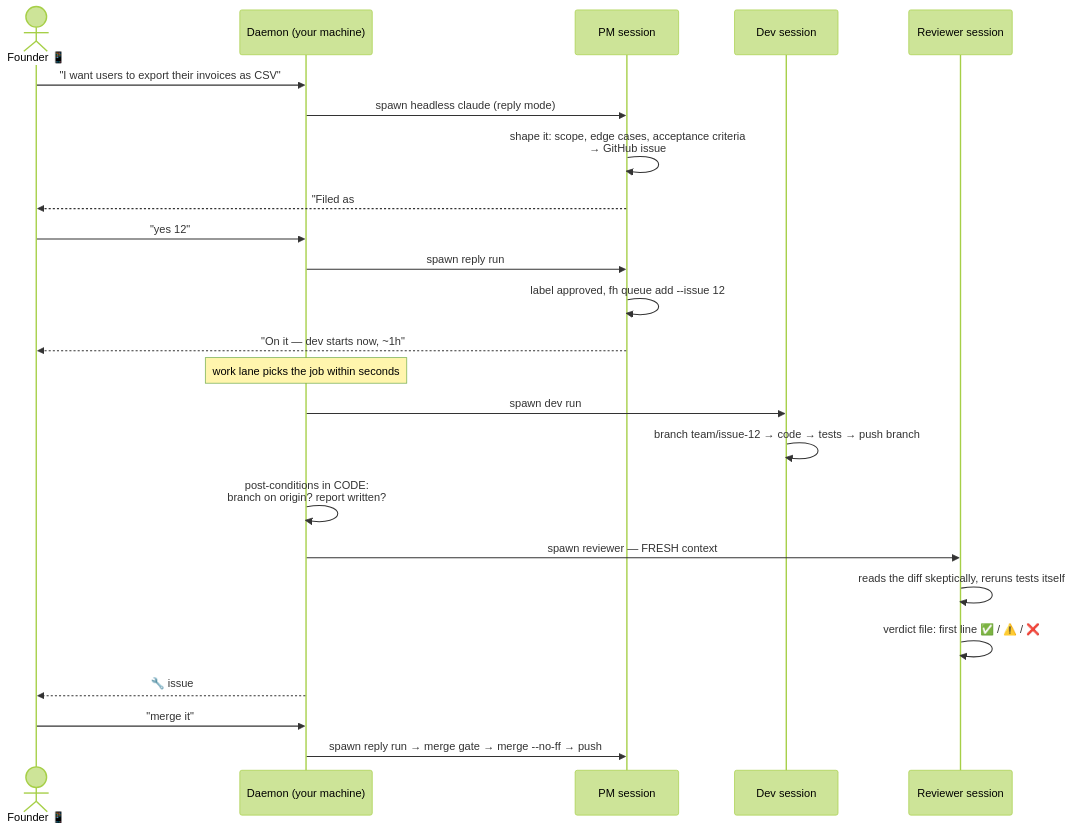
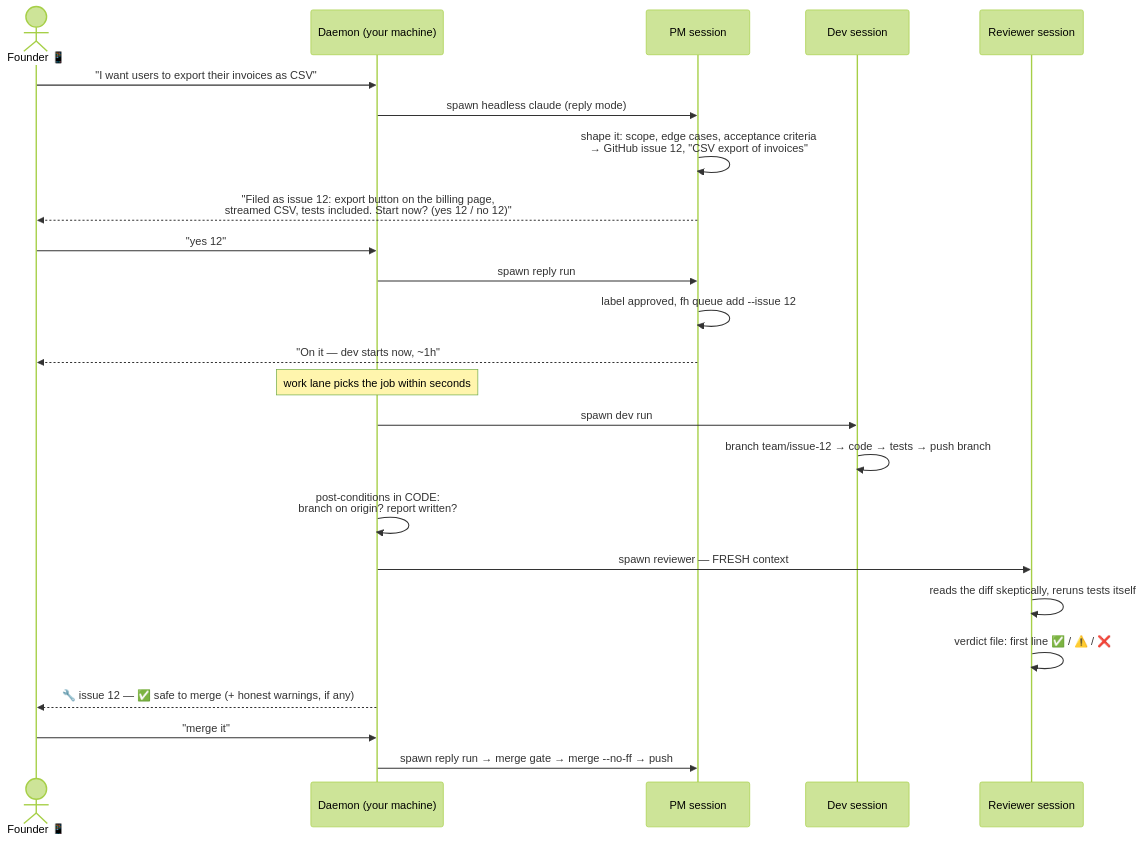
The first of 4 diagrams in docs/README.md (dmatvienco/founder-helpers), drawn with Mermaid (forest theme) before and after one commit. The commit also changed other lines of this file, not shown here.

Commit message:
docs: fix mermaid truncation ('#' starts an entity escape in messages); Two ideas after founder's edit
Claude-Session: https://claude.ai/code/session_012gXj1pAPiqKRpuVd4X8wXJ

````diff
--- a/docs/README.md
+++ b/docs/README.md
@@ -19,27 +19,27 @@
 ```mermaid
 sequenceDiagram
     actor F as Founder 📱
     participant D as Daemon (your machine)
     participant PM as PM session
     participant DEV as Dev session
     participant REV as Reviewer session
 
     F->>D: "I want users to export their invoices as CSV"
     D->>PM: spawn headless claude (reply mode)
-    PM->>PM: shape it: scope, edge cases, acceptance criteria<br/>→ GitHub issue #12 "CSV export of invoices"
-    PM-->>F: "Filed as #12: export button on the billing page,<br/>streamed CSV, tests included. Start now? (yes 12 / no 12)"
+    PM->>PM: shape it: scope, edge cases, acceptance criteria<br/>→ GitHub issue 12, "CSV export of invoices"
+    PM-->>F: "Filed as issue 12: export button on the billing page,<br/>streamed CSV, tests included. Start now? (yes 12 / no 12)"
     F->>D: "yes 12"
     D->>PM: spawn reply run
     PM->>PM: label approved, fh queue add --issue 12
     PM-->>F: "On it — dev starts now, ~1h"
     Note over D: work lane picks the job within seconds
     D->>DEV: spawn dev run
     DEV->>DEV: branch team/issue-12 → code → tests → push branch
     D->>D: post-conditions in CODE:<br/>branch on origin? report written?
     D->>REV: spawn reviewer — FRESH context
     REV->>REV: reads the diff skeptically, reruns tests itself
     REV->>REV: verdict file: first line ✅ / ⚠️ / ❌
-    D-->>F: 🔧 issue #12 — ✅ safe to merge (+ honest warnings, if any)
+    D-->>F: 🔧 issue 12 — ✅ safe to merge (+ honest warnings, if any)
     F->>D: "merge it"
     D->>PM: spawn reply run → merge gate → merge --no-ff → push
 ```
````
